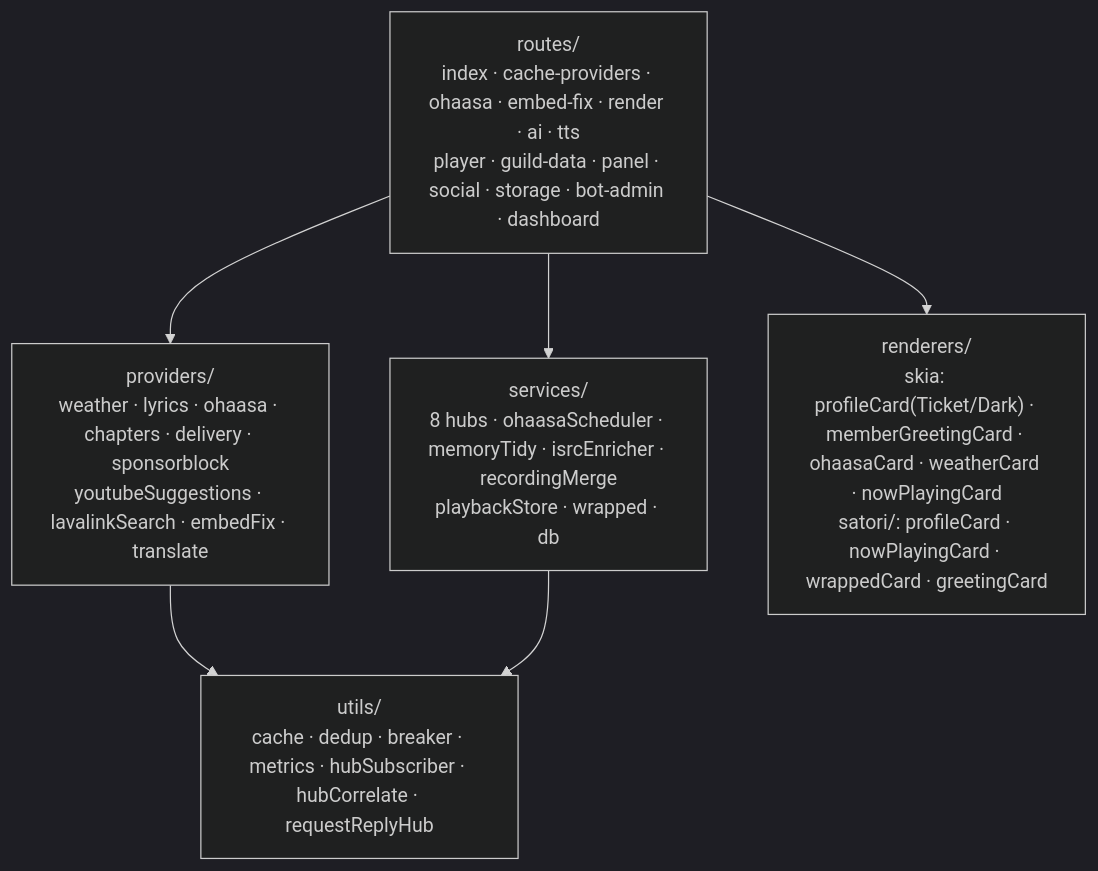
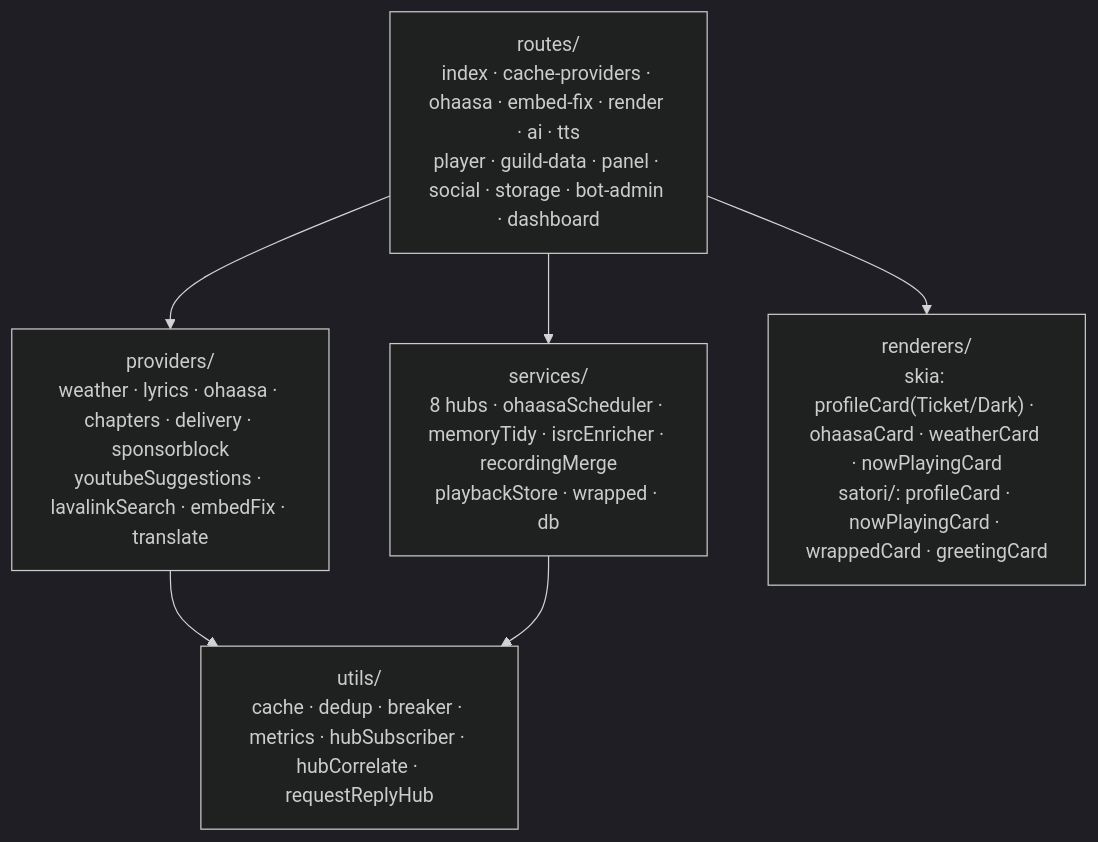
The third of 10 diagrams in docs/architecture.md (mochilabs/SiruBOT), drawn with Mermaid (dark theme) before and after one commit. The commit also changed 8 other files, not shown here.

````diff
--- a/docs/architecture.md
+++ b/docs/architecture.md
@@ -217,8 +217,8 @@
 ```mermaid
 graph TB
     R1["routes/<br/>index · cache-providers · ohaasa · embed-fix · render · ai · tts<br/>player · guild-data · panel · social · storage · bot-admin · dashboard"] --> P["providers/<br/>weather · lyrics · ohaasa · chapters · delivery · sponsorblock<br/>youtubeSuggestions · lavalinkSearch · embedFix · translate"]
     R1 --> S["services/<br/>8 hubs · ohaasaScheduler · memoryTidy · isrcEnricher · recordingMerge<br/>playbackStore · wrapped · db"]
-    R1 --> RD["renderers/<br/>skia: profileCard(Ticket/Dark) · memberGreetingCard · ohaasaCard · weatherCard · nowPlayingCard<br/>satori/: profileCard · nowPlayingCard · wrappedCard · greetingCard"]
+    R1 --> RD["renderers/<br/>skia: profileCard(Ticket/Dark) · ohaasaCard · weatherCard · nowPlayingCard<br/>satori/: profileCard · nowPlayingCard · wrappedCard · greetingCard"]
     P --> U["utils/<br/>cache · dedup · breaker · metrics · hubSubscriber · hubCorrelate · requestReplyHub"]
     S --> U
 ```
````
